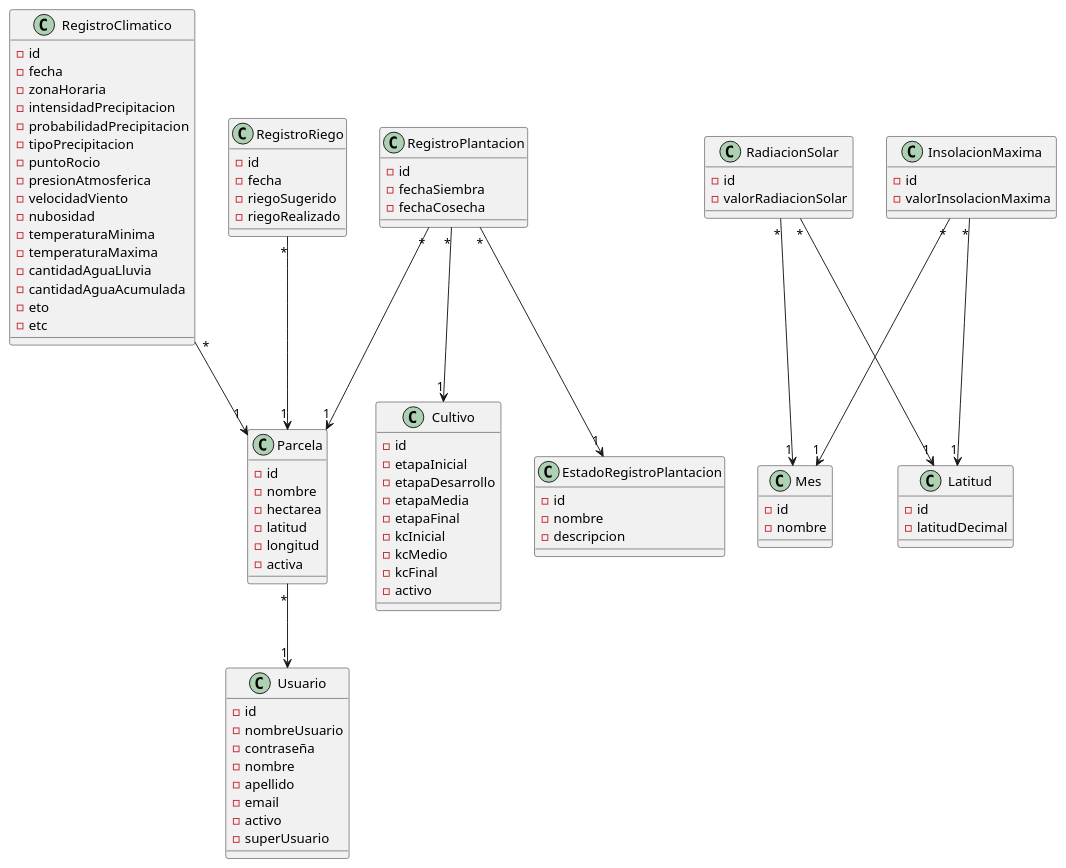
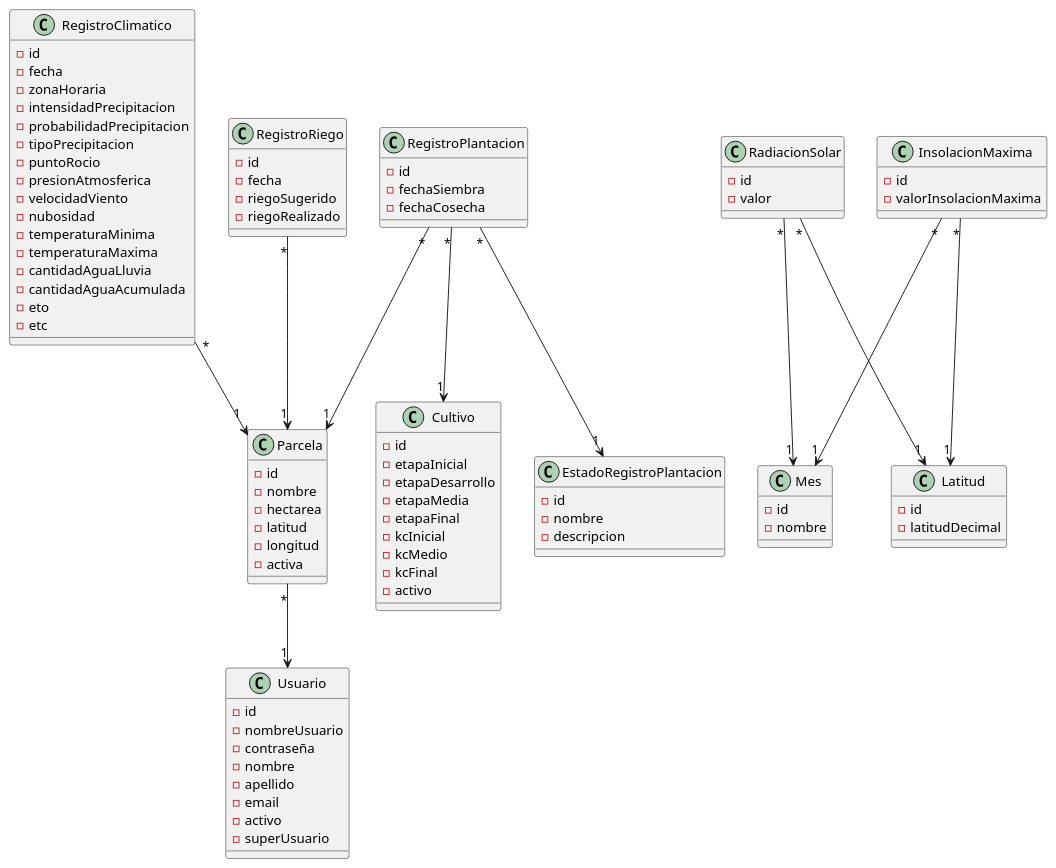
One commit to facundopaez-dev/sistema-web-riego changed the diagram in domain model/Modelo de dominio.pu. Above: the diagram before and after it, drawn with PlantUML. The commit also changed 1 other file, not shown here.

Commit message:
Atributo 'valorRadiacionSolar' de la entidad RadiacionSolar reemplazado por el atributo 'valor', modelo de dominio

```diff
--- a/domain model/Modelo de dominio.pu
+++ b/domain model/Modelo de dominio.pu
@@ -1,104 +1,104 @@
 @startuml
 
 Parcela "*"-->"1" Usuario
 RegistroClimatico "*"-->"1" Parcela
 RegistroRiego "*"-->"1" Parcela
 RegistroPlantacion "*"-->"1" Parcela
 RegistroPlantacion "*"-->"1" Cultivo
 RegistroPlantacion "*"-->"1" EstadoRegistroPlantacion
 RadiacionSolar "*"-->"1" Mes
 RadiacionSolar "*"-->"1" Latitud
 InsolacionMaxima "*"-->"1" Mes
 InsolacionMaxima "*"-->"1" Latitud
 
 class Parcela {
 -id
 -nombre
 -hectarea
 -latitud
 -longitud
 -activa
 }
 
 class Cultivo {
 -id
 -etapaInicial
 -etapaDesarrollo
 -etapaMedia
 -etapaFinal
 -kcInicial
 -kcMedio
 -kcFinal
 -activo
 }
 
 class RegistroClimatico {
 -id
 -fecha
 -zonaHoraria
 -intensidadPrecipitacion
 -probabilidadPrecipitacion
 -tipoPrecipitacion
 -puntoRocio
 -presionAtmosferica
 -velocidadViento
 -nubosidad
 -temperaturaMinima
 -temperaturaMaxima
 -cantidadAguaLluvia
 -cantidadAguaAcumulada
 -eto
 -etc
 }
 
 class RegistroPlantacion {
 -id
 -fechaSiembra
 -fechaCosecha
 }
 
 class RegistroRiego {
 -id
 -fecha
 -riegoSugerido
 -riegoRealizado
 }
 
 class Usuario {
 -id
 -nombreUsuario
 -contraseña
 -nombre
 -apellido
 -email
 -activo
 -superUsuario
 }
 
 class EstadoRegistroPlantacion {
 -id
 -nombre
 -descripcion
 }
 
 class Mes {
 -id
 -nombre
 }
 
 class Latitud {
 -id
 -latitudDecimal
 }
 
 class RadiacionSolar {
 -id
--valorRadiacionSolar
+-valor
 }
 
 class InsolacionMaxima {
 -id
 -valorInsolacionMaxima
 }
 
 @enduml
```
